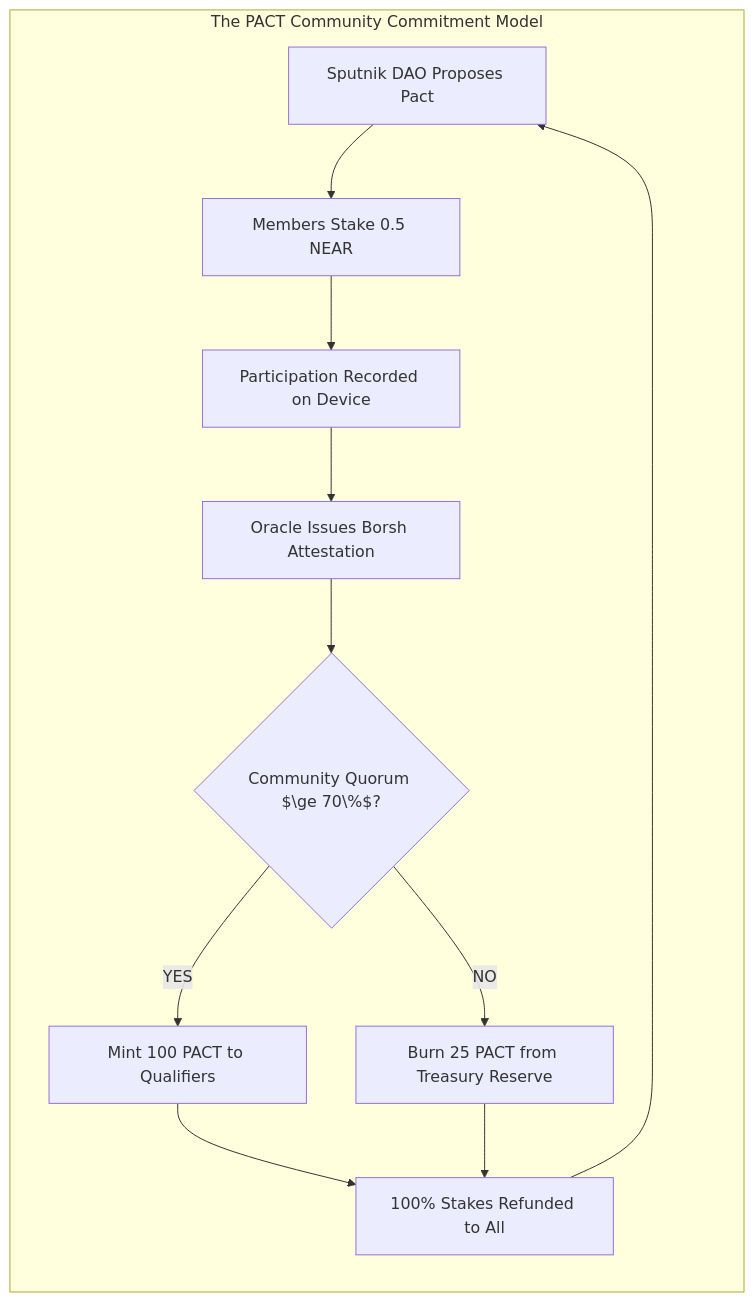
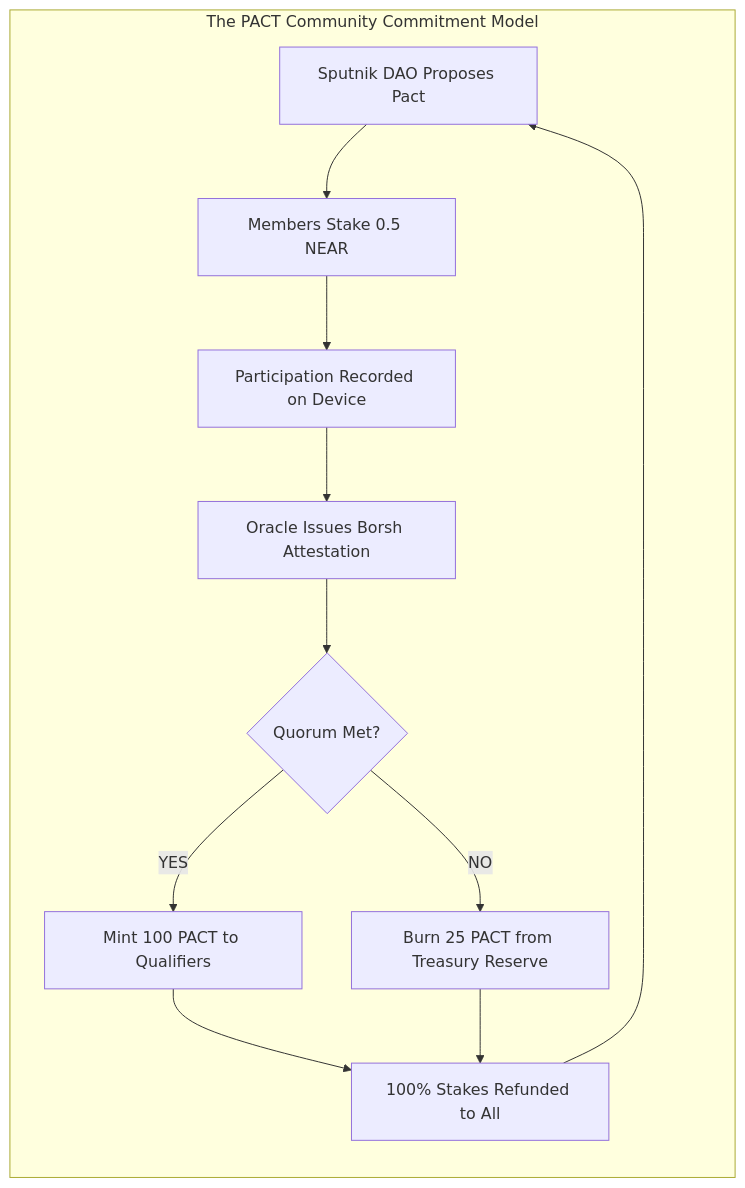
Before and after one commit to 0x-stone/PACT: the first of 3 diagrams in README.md, drawn with Mermaid. The commit also changed other lines of this file, not shown here.

````diff
--- a/README.md
+++ b/README.md
@@ -52,14 +60,14 @@
 ```mermaid
 graph LR
-    subgraph Model ["The PACT Community Commitment Model"]
-        A[Sputnik DAO Proposes Pact] --> B[Members Stake 0.5 NEAR]
-        B --> C[Participation Recorded on Device]
-        C --> D[Oracle Issues Borsh Attestation]
-        D --> E{Community Quorum $\ge 70\%$?}
-        E -->|YES| F[Mint 100 PACT to Qualifiers]
-        E -->|NO| G[Burn 25 PACT from Treasury Reserve]
-        F --> H[100% Stakes Refunded to All]
-        G --> H
-        H --> A
-    end
+   subgraph Model ["The PACT Community Commitment Model"]
+     A[Sputnik DAO Proposes Pact] --> B[Members Stake 0.5 NEAR]
+     B --> C[Participation Recorded on Device]
+     C --> D[Oracle Issues Borsh Attestation]
+     D --> E{Quorum Met?}
+     E -->|YES| F[Mint 100 PACT to Qualifiers]
+     E -->|NO| G[Burn 25 PACT from Treasury Reserve]
+     F --> H[100% Stakes Refunded to All]
+     G --> H
+     H --> A
+   end
 ```
````
